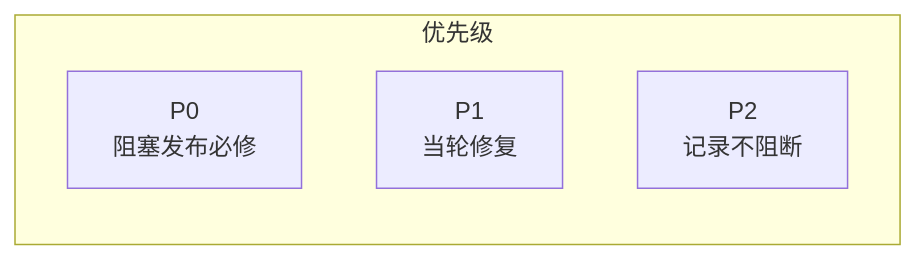
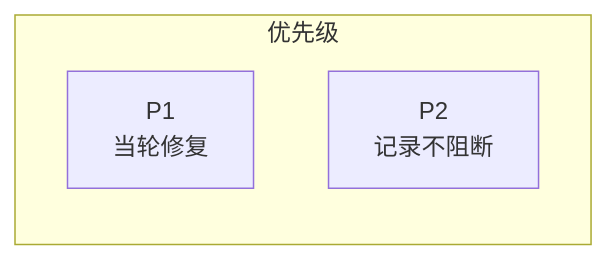
Before and after one commit to effiy/YrY: the fifth of 14 diagrams in rules/code-pipeline.md, drawn with Mermaid. The commit also changed other lines of this file and 42 other files, not shown here.

First line of the commit message:
feat: apply Mermaid authoring rules (M1-M12) across entire codebase

````diff
--- a/rules/code-pipeline.md
+++ b/rules/code-pipeline.md
@@ -117,9 +129,10 @@
 ```mermaid
 flowchart LR
     subgraph 优先级["优先级"]
-        P0["P0<br/>阻塞发布必修"]:::p0
+        direction TB
         P1["P1<br/>当轮修复"]:::p1
         P2["P2<br/>记录不阻断"]:::p2
     end
 
+
 ```
````
